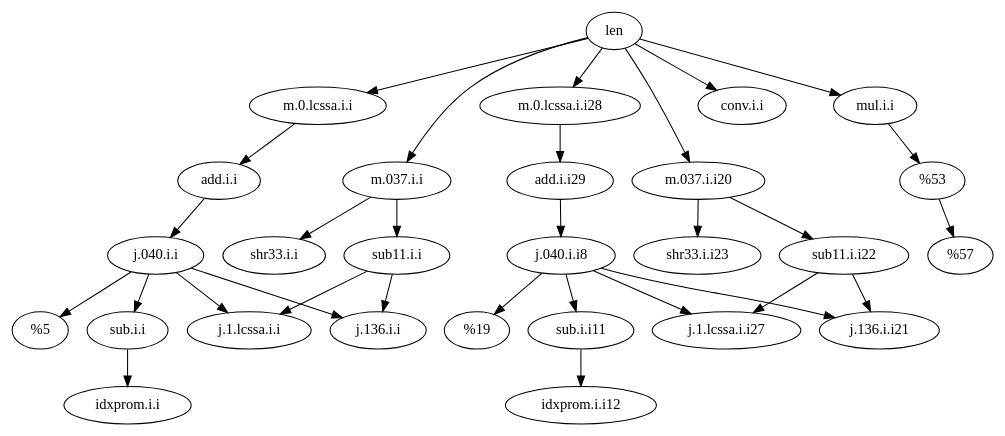
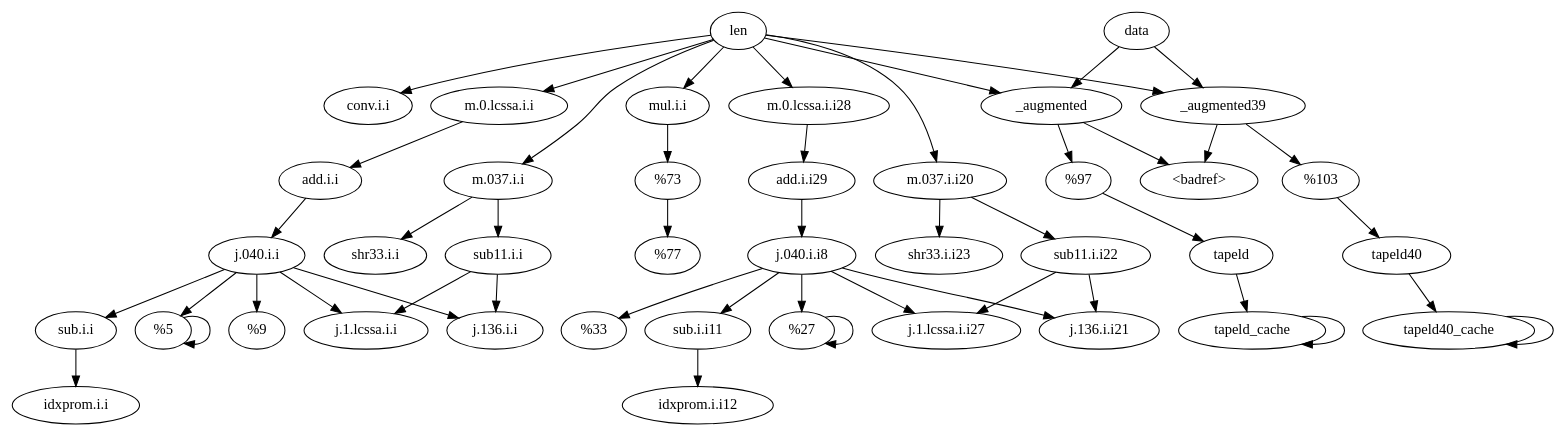
The diagram in enzyme/benchmarks/fft/forward.dot (sfu-arch/Enzyme), drawn with Graphviz before and after one commit. The commit also changed 26 other files, not shown here.

```diff
--- a/enzyme/benchmarks/fft/forward.dot
+++ b/enzyme/benchmarks/fft/forward.dot
@@ -1,32 +1,50 @@
 digraph G {
+		"j.040.i.i" -> "j.136.i.i"
+		"j.040.i.i" -> "%6"
+		"j.040.i.i" -> "%9"
+		"j.040.i.i" -> "sub.i.i"
 		"j.040.i.i" -> "j.1.lcssa.i.i"
-		"j.040.i.i" -> "%9"
-		"j.040.i.i" -> "j.136.i.i"
-		"j.040.i.i" -> "sub.i.i"
 		"m.0.lcssa.i.i" -> "add.i.i"
 		"m.037.i.i" -> "shr33.i.i"
 		"m.037.i.i" -> "sub11.i.i"
+		"j.040.i.i8" -> "j.1.lcssa.i.i27"
+		"j.040.i.i8" -> "sub.i.i11"
+		"j.040.i.i8" -> "%20"
+		"j.040.i.i8" -> "j.136.i.i21"
 		"j.040.i.i8" -> "%23"
-		"j.040.i.i8" -> "sub.i.i11"
-		"j.040.i.i8" -> "j.1.lcssa.i.i27"
-		"j.040.i.i8" -> "j.136.i.i21"
 		"m.0.lcssa.i.i28" -> "add.i.i29"
 		"m.037.i.i20" -> "shr33.i.i23"
 		"m.037.i.i20" -> "sub11.i.i22"
+		"data" -> "_augmented"
+		"data" -> "_augmented39"
+		"len" -> "m.0.lcssa.i.i"
+		"len" -> "_augmented"
+		"len" -> "_augmented39"
 		"len" -> "conv.i.i"
 		"len" -> "m.0.lcssa.i.i28"
+		"len" -> "mul.i.i"
+		"len" -> "m.037.i.i20"
 		"len" -> "m.037.i.i"
-		"len" -> "m.037.i.i20"
-		"len" -> "m.0.lcssa.i.i"
-		"len" -> "mul.i.i"
-		"sub.i.i" -> "idxprom.i.i"
 		"sub11.i.i22" -> "j.1.lcssa.i.i27"
 		"sub11.i.i22" -> "j.136.i.i21"
+		"add.i.i29" -> "j.040.i.i8"
+		"sub11.i.i" -> "j.136.i.i"
+		"sub11.i.i" -> "j.1.lcssa.i.i"
 		"mul.i.i" -> "%0"
 		"%0" -> "%27"
-		"sub11.i.i" -> "j.1.lcssa.i.i"
-		"sub11.i.i" -> "j.136.i.i"
-		"add.i.i29" -> "j.040.i.i8"
+		"sub.i.i" -> "idxprom.i.i"
 		"add.i.i" -> "j.040.i.i"
 		"sub.i.i11" -> "idxprom.i.i12"
+		"%6" -> "%6"
+		"tapeld40" -> "tapeld40_cache"
+		"tapeld40_cache" -> "tapeld40_cache"
+		"tapeld_cache" -> "tapeld_cache"
+		"tapeld" -> "tapeld_cache"
+		"_augmented" -> "%13"
+		"_augmented" -> "<badref>"
+		"_augmented39" -> "%14"
+		"_augmented39" -> "<badref>"
+		"%13" -> "tapeld"
+		"%14" -> "tapeld40"
+		"%20" -> "%20"
 }
```
